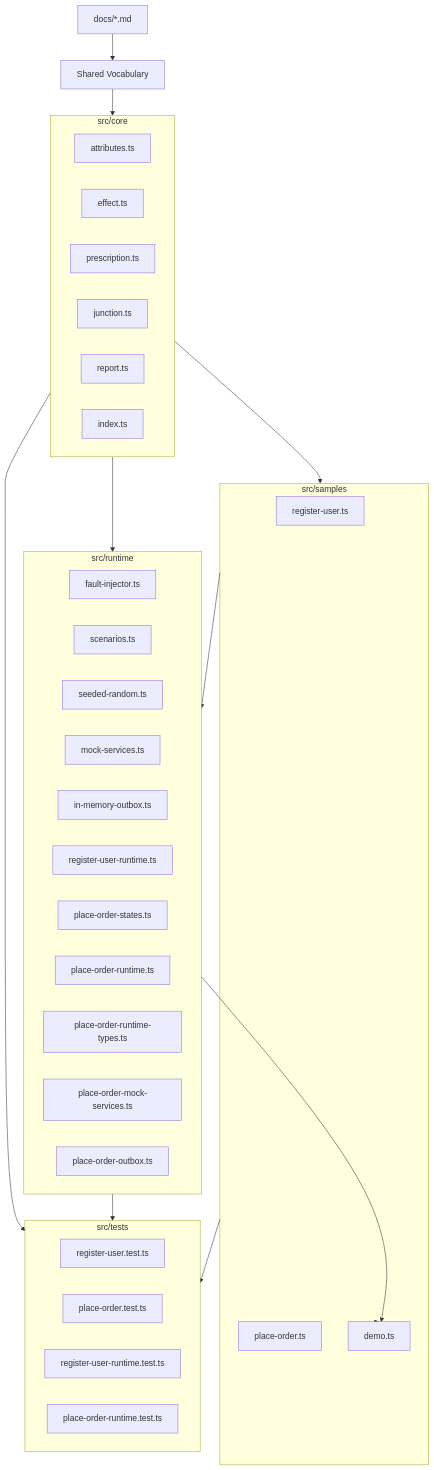
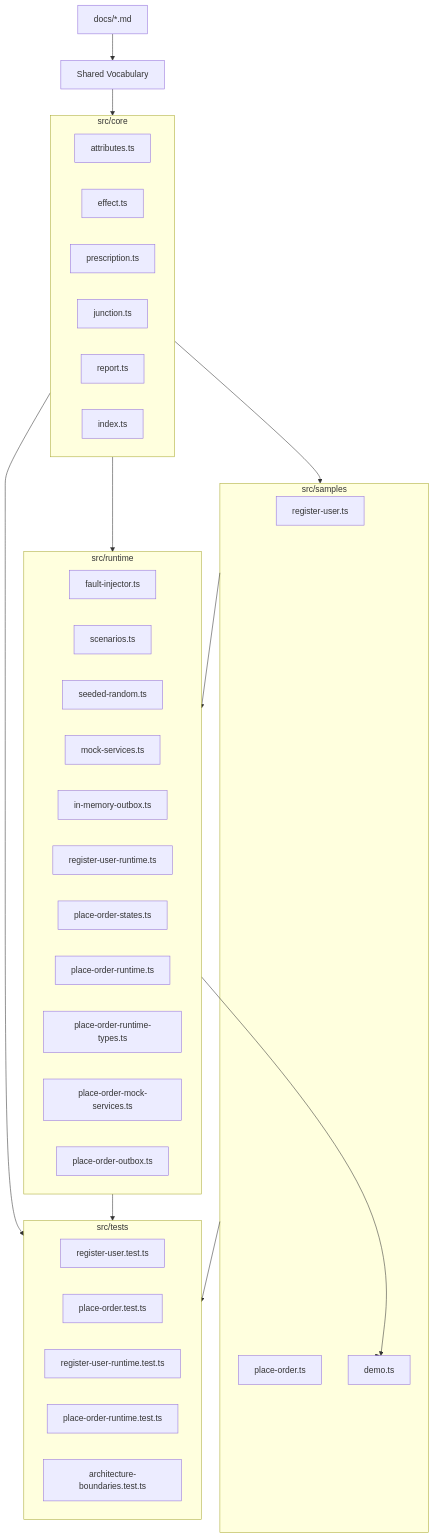
One commit to hayashikentaro/effect-junction changed the first of 9 diagrams in docs/11-implementation-map.md. Above: the diagram before and after it, drawn with Mermaid. The commit also changed other lines of this file, not shown here.

````diff
--- a/docs/11-implementation-map.md
+++ b/docs/11-implementation-map.md
@@ -9,50 +9,51 @@
 ```mermaid
 flowchart TB
   Docs[docs/*.md] --> Vocabulary[Shared Vocabulary]
 
   subgraph Core["src/core"]
     Attributes[attributes.ts]
     Effect[effect.ts]
     Prescription[prescription.ts]
     Junction[junction.ts]
     Report[report.ts]
     CoreIndex[index.ts]
   end
 
   subgraph Samples["src/samples"]
     RegisterUser[register-user.ts]
     PlaceOrder[place-order.ts]
     Demo[demo.ts]
   end
 
   subgraph Runtime["src/runtime"]
     FaultInjector[fault-injector.ts]
     Scenarios[scenarios.ts]
     SeededRandom[seeded-random.ts]
     MockServices[mock-services.ts]
     Outbox[in-memory-outbox.ts]
     RegisterUserRuntime[register-user-runtime.ts]
     PlaceOrderStates[place-order-states.ts]
     PlaceOrderRuntime[place-order-runtime.ts]
     PlaceOrderRuntimeTypes[place-order-runtime-types.ts]
     PlaceOrderMockServices[place-order-mock-services.ts]
     PlaceOrderOutbox[place-order-outbox.ts]
   end
 
   subgraph Tests["src/tests"]
     RegisterUserModelTests[register-user.test.ts]
     PlaceOrderModelTests[place-order.test.ts]
     RuntimeTests[register-user-runtime.test.ts]
     PlaceOrderRuntimeTests[place-order-runtime.test.ts]
+    ArchitectureBoundaryTests[architecture-boundaries.test.ts]
   end
 
   Vocabulary --> Core
   Core --> Samples
   Core --> Runtime
   Samples --> Runtime
   Samples --> Demo
   Runtime --> Demo
   Core --> Tests
   Samples --> Tests
   Runtime --> Tests
 ```
````
